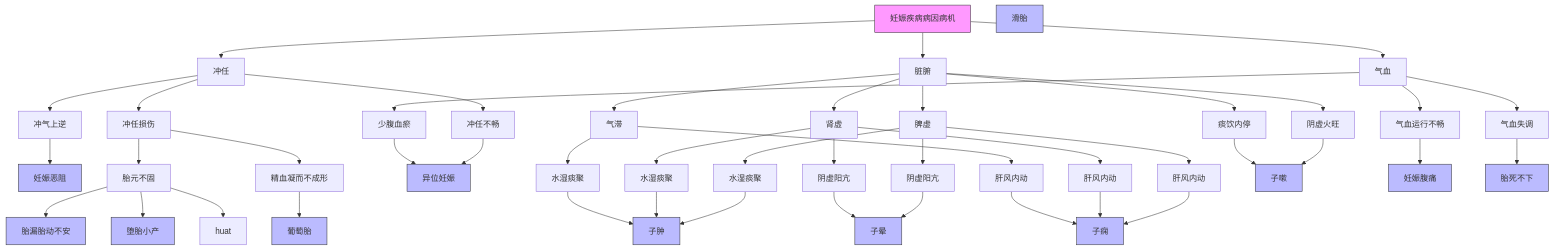
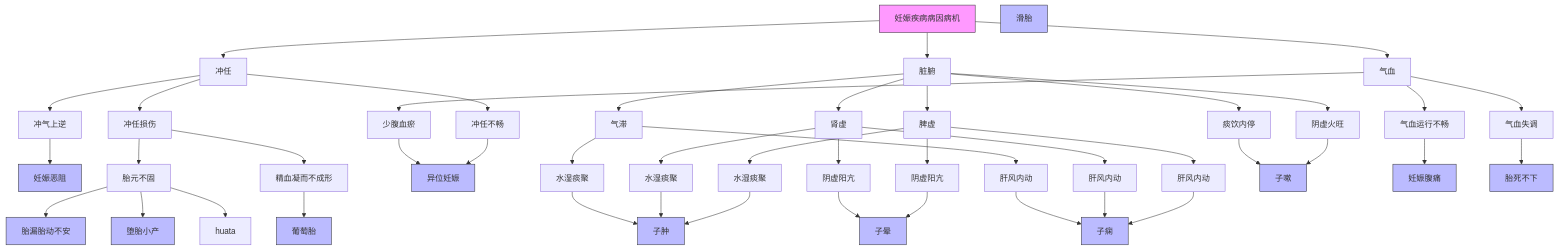
Before and after one commit to lili23755/iodraw-files: the diagram in all/未命名.md, drawn with Mermaid.

Commit message:
2025-04-04 11:00:40 update

````diff
--- a/all/未命名.md
+++ b/all/未命名.md
@@ -1,41 +1,41 @@
 ```mermaid
 flowchart TD
     A[妊娠疾病病因病机] --> B[冲任]
     A --> C[脏腑]
     A --> D[气血]
     
     B --> B1[冲气上逆] --> 妊娠恶阻
-    B --> B2[冲任损伤] --> B2a[胎元不固] -->胎漏胎动不安 & 堕胎小产 & huat
+    B --> B2[冲任损伤] --> B2a[胎元不固] -->胎漏胎动不安 & 堕胎小产 & huata
     B2[冲任损伤] --> B2b[精血凝而不成形] -->葡萄胎 
     B --> B3[冲任不畅] --> 异位妊娠
     
     C --> C1[脾虚] --> C1a[水湿痰聚] --> 子肿
     C1 --> C1b[肝风内动] --> 子痫
     C1 --> C1c[阴虚阳亢] --> 子晕
     C --> C2[肾虚] --> C2a[水湿痰聚] --> 子肿
     C2 --> C2b[肝风内动] --> 子痫
     C2 --> C2c[阴虚阳亢] --> 子晕
     C --> C3[气滞] --> C3a[水湿痰聚] --> 子肿
     C3 --> C3b[肝风内动] --> 子痫
     C --> C4[阴虚火旺] --> 子嗽
     C --> C5[痰饮内停] --> 子嗽
     
     D --> D1[气血运行不畅] --> 妊娠腹痛
     D --> D2[气血失调] --> 胎死不下
     D --> D3[少腹血瘀] --> 异位妊娠
 
     style A fill:#f9f,stroke:#333
     style 妊娠恶阻 fill:#bbf,stroke:#333
     style 堕胎小产 fill:#bbf,stroke:#333
     style 滑胎 fill:#bbf,stroke:#333
     style 异位妊娠 fill:#bbf,stroke:#333
     style 子肿 fill:#bbf,stroke:#333
     style 子痫 fill:#bbf,stroke:#333
     style 胎漏胎动不安 fill:#bbf,stroke:#333
     style 胎死不下 fill:#bbf,stroke:#333
     style 妊娠腹痛 fill:#bbf,stroke:#333
     style 葡萄胎 fill:#bbf,stroke:#333
     style 子晕 fill:#bbf,stroke:#333
     style 子嗽 fill:#bbf,stroke:#333
 	  
 ```
````
